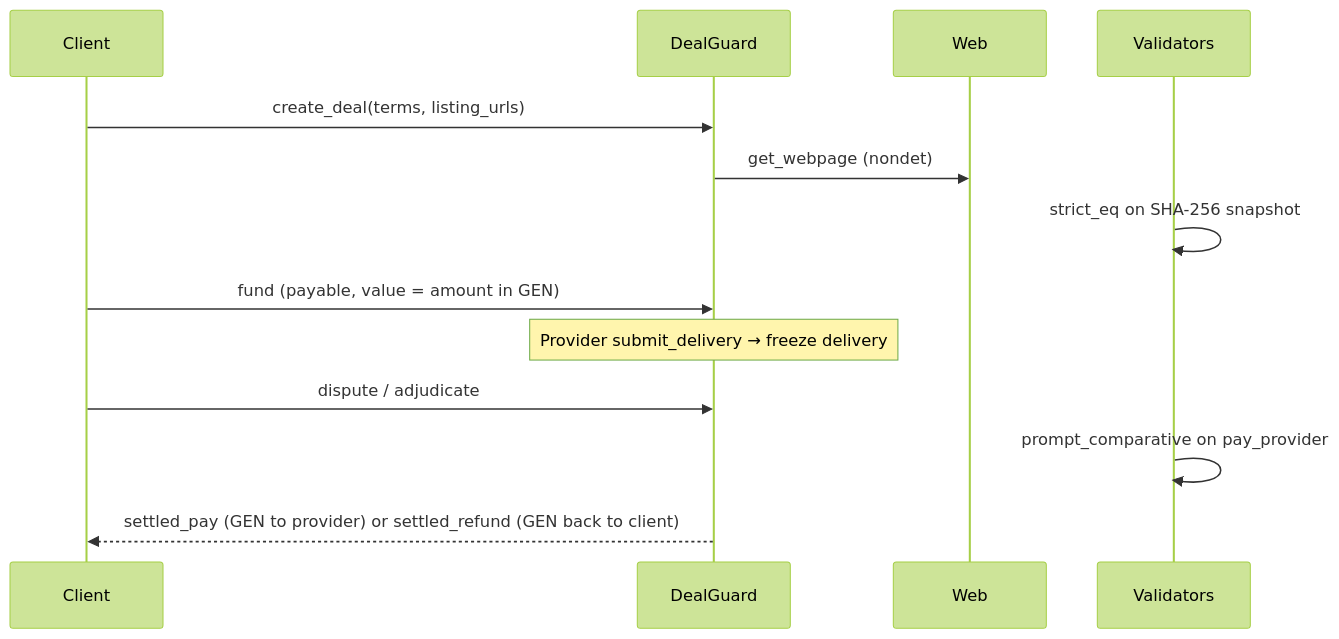
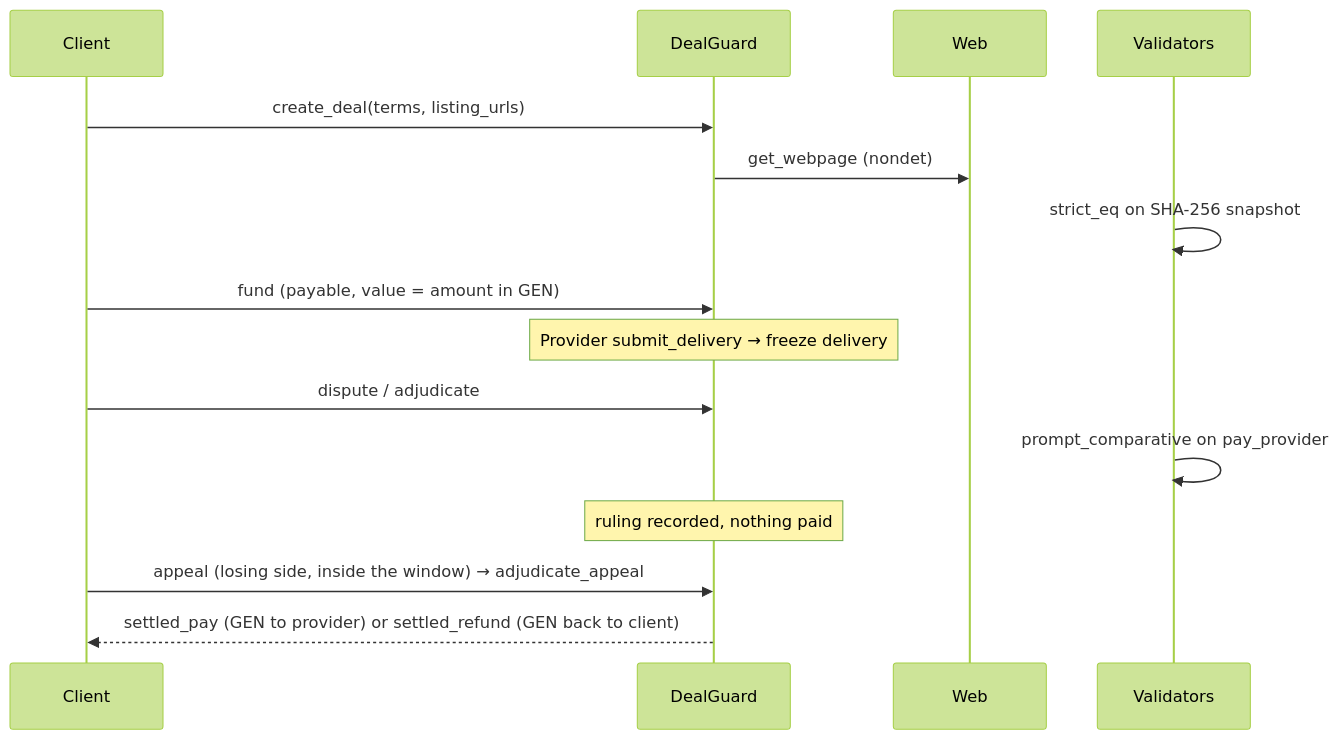
One commit to valentinzubok/DealGuard changed the diagram in README.md. Above: the diagram before and after it, drawn with Mermaid (forest theme). The commit also changed other lines of this file and 16 other files, not shown here.

````diff
--- a/README.md
+++ b/README.md
@@ -53,16 +53,18 @@
 ```mermaid
 sequenceDiagram
   participant Client
   participant DealGuard
   participant Web
   participant V as Validators
 
   Client->>DealGuard: create_deal(terms, listing_urls)
   DealGuard->>Web: get_webpage (nondet)
   V->>V: strict_eq on SHA-256 snapshot
   Client->>DealGuard: fund (payable, value = amount in GEN)
   Note over DealGuard: Provider submit_delivery → freeze delivery
   Client->>DealGuard: dispute / adjudicate
   V->>V: prompt_comparative on pay_provider
+  Note over DealGuard: ruling recorded, nothing paid
+  Client->>DealGuard: appeal (losing side, inside the window) → adjudicate_appeal
   DealGuard-->>Client: settled_pay (GEN to provider) or settled_refund (GEN back to client)
 ```
````
